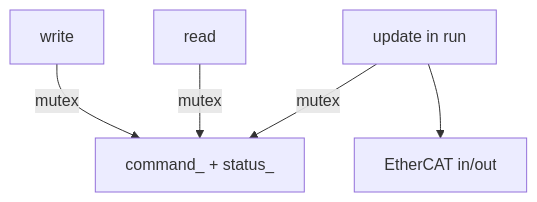
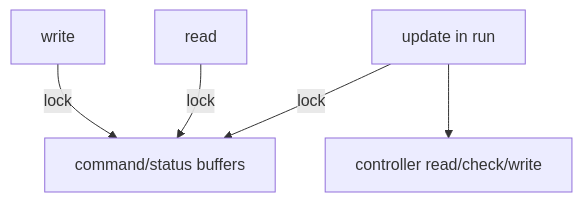
Before and after one commit to SeonilChoi/MOTOR-MANAGER: the second of 2 diagrams in motor_manager/README.md, drawn with Mermaid. The commit also changed other lines of this file and 6 other files, not shown here.

````diff
--- a/motor_manager/README.md
+++ b/motor_manager/README.md
@@ -25,7 +133,7 @@
 ```mermaid
 flowchart TB
-  W[write] -->|mutex| BUF["command_ + status_"]
-  R[read] -->|mutex| BUF
-  U[update in run] -->|mutex| BUF
-  U --> BUS[EtherCAT in/out]
+  W[write] -->|lock| BUF[command/status buffers]
+  R[read] -->|lock| BUF
+  U[update in run] -->|lock| BUF
+  U --> BUS[controller read/check/write]
 ```
````
